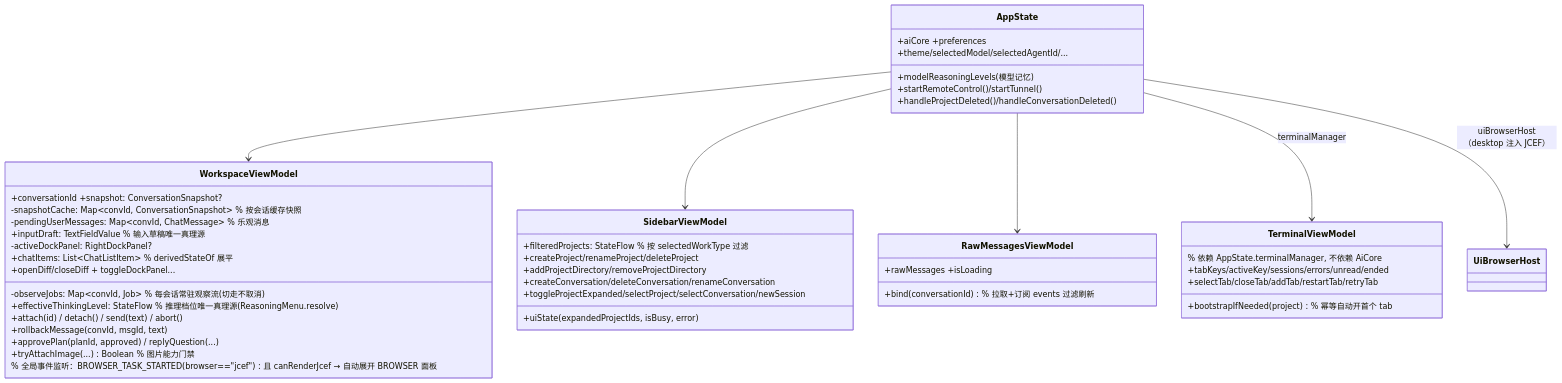
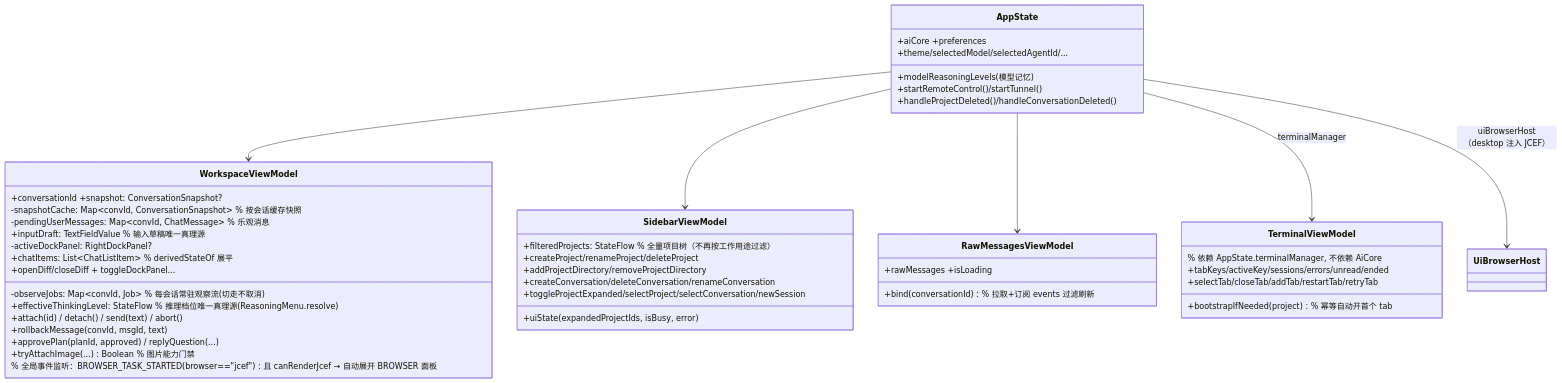
The second of 4 diagrams in mederi/docs/architecture/02-app-shared.md (lzdev42/mederi), drawn with Mermaid before and after one commit. The commit also changed other lines of this file and 62 other files, not shown here.

````diff
--- a/mederi/docs/architecture/02-app-shared.md
+++ b/mederi/docs/architecture/02-app-shared.md
@@ -289,49 +289,49 @@
 ```mermaid
 classDiagram
     class AppState {
         +aiCore +preferences
         +theme/selectedModel/selectedAgentId/...
         +modelReasoningLevels(模型记忆)
         +startRemoteControl()/startTunnel()
         +handleProjectDeleted()/handleConversationDeleted()
     }
     class WorkspaceViewModel {
         +conversationId +snapshot: ConversationSnapshot?
         -snapshotCache: Map~convId, ConversationSnapshot~  % 按会话缓存快照
         -observeJobs: Map~convId, Job~  % 每会话常驻观察流(切走不取消)
         -pendingUserMessages: Map~convId, ChatMessage~  % 乐观消息
         +inputDraft: TextFieldValue  % 输入草稿唯一真理源
         -activeDockPanel: RightDockPanel?
         +chatItems: List~ChatListItem~  % derivedStateOf 展平
         +effectiveThinkingLevel: StateFlow  % 推理档位唯一真理源(ReasoningMenu.resolve)
         +attach(id) / detach() / send(text) / abort()
         +rollbackMessage(convId, msgId, text)
         +approvePlan(planId, approved) / replyQuestion(...) 
         +tryAttachImage(...) Boolean  % 图片能力门禁
         +openDiff/closeDiff + toggleDockPanel...
         % 全局事件监听：BROWSER_TASK_STARTED(browser=="jcef") 且 canRenderJcef → 自动展开 BROWSER 面板
     }
     class SidebarViewModel {
         +uiState(expandedProjectIds, isBusy, error)
-        +filteredProjects: StateFlow  % 按 selectedWorkType 过滤
+        +filteredProjects: StateFlow  % 全量项目树（不再按工作用途过滤）
         +createProject/renameProject/deleteProject
         +addProjectDirectory/removeProjectDirectory
         +createConversation/deleteConversation/renameConversation
         +toggleProjectExpanded/selectProject/selectConversation/newSession
     }
     class TerminalViewModel {
         % 依赖 AppState.terminalManager, 不依赖 AiCore
         +tabKeys/activeKey/sessions/errors/unread/ended
         +selectTab/closeTab/addTab/restartTab/retryTab
         +bootstrapIfNeeded(project)  % 幂等自动开首个 tab
     }
     class RawMessagesViewModel {
         +rawMessages +isLoading
         +bind(conversationId)  % 拉取+订阅 events 过滤刷新
     }
     AppState --> WorkspaceViewModel
     AppState --> SidebarViewModel
     AppState --> RawMessagesViewModel
     AppState --> TerminalViewModel : terminalManager
     AppState --> UiBrowserHost : uiBrowserHost（desktop 注入 JCEF）
 ```
````
